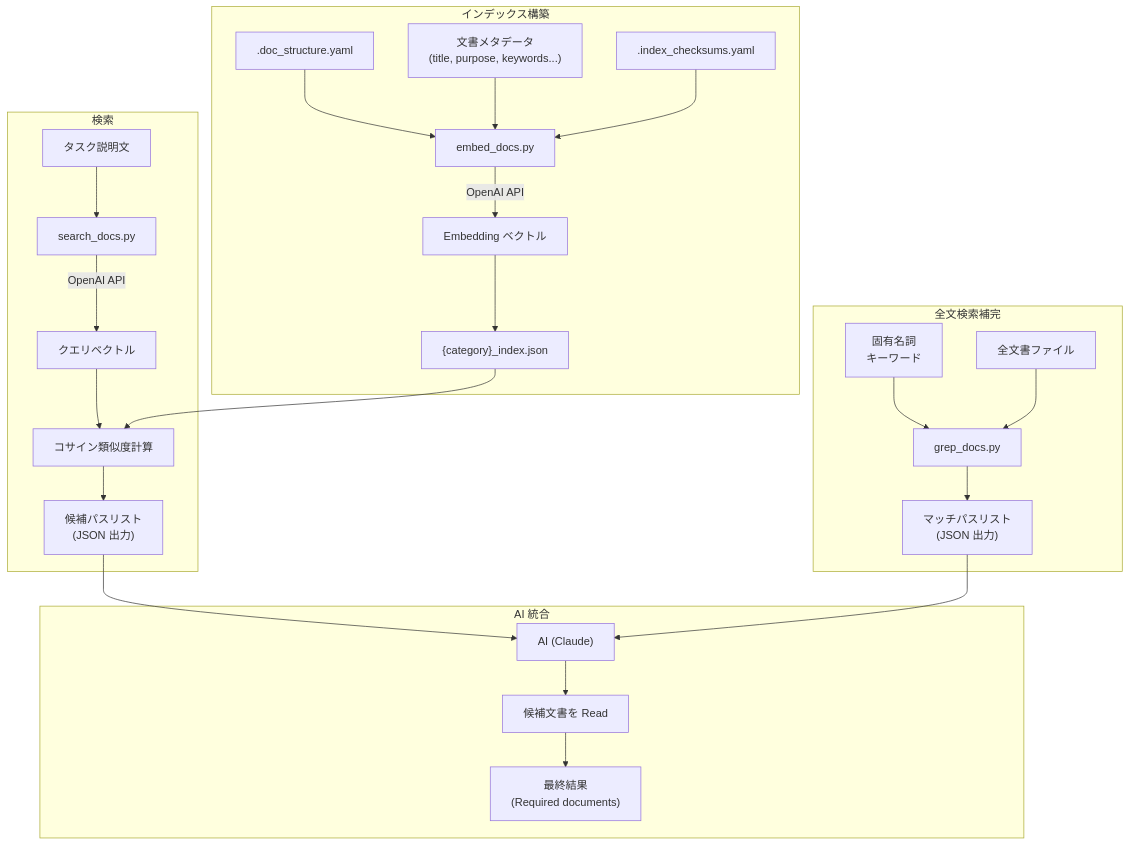
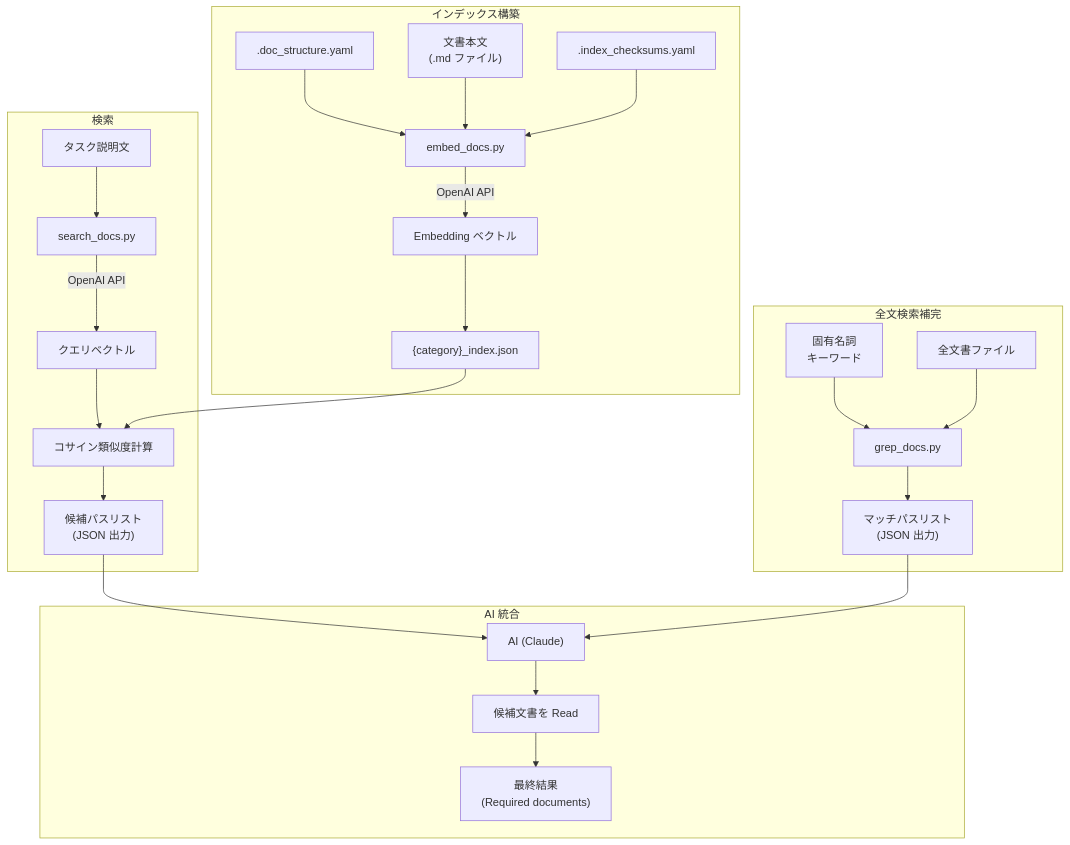
The first of 5 diagrams in docs/specs/doc-advisor/semantic-query/design/DES-006_semantic_search_design.md (BlueEventHorizon/bw-cc-plugins), drawn with Mermaid before and after one commit. The commit also changed other lines of this file and 6 other files, not shown here.

````diff
--- a/docs/specs/doc-advisor/semantic-query/design/DES-006_semantic_search_design.md
+++ b/docs/specs/doc-advisor/semantic-query/design/DES-006_semantic_search_design.md
@@ -25,31 +25,31 @@
 ```mermaid
 flowchart TB
     subgraph インデックス構築
         A[".doc_structure.yaml"] --> B["embed_docs.py"]
-        C["文書メタデータ\n(title, purpose, keywords...)"] --> B
+        C["文書本文\n(.md ファイル)"] --> B
         B -->|"OpenAI API"| D["Embedding ベクトル"]
         D --> E["{category}_index.json"]
         F[".index_checksums.yaml"] --> B
     end
 
     subgraph 検索
         G["タスク説明文"] --> H["search_docs.py"]
         H -->|"OpenAI API"| I["クエリベクトル"]
         I --> J["コサイン類似度計算"]
         E --> J
         J --> K["候補パスリスト\n(JSON 出力)"]
     end
 
     subgraph 全文検索補完
         L["固有名詞\nキーワード"] --> M["grep_docs.py"]
         N["全文書ファイル"] --> M
         M --> O["マッチパスリスト\n(JSON 出力)"]
     end
 
     subgraph AI 統合
         K --> P["AI (Claude)"]
         O --> P
         P --> Q["候補文書を Read"]
         Q --> R["最終結果\n(Required documents)"]
     end
 ```
````
